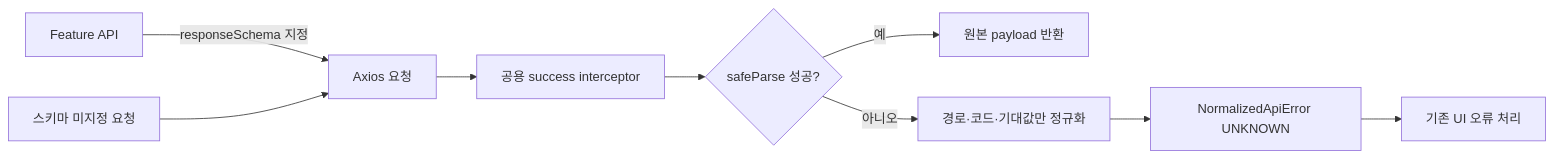
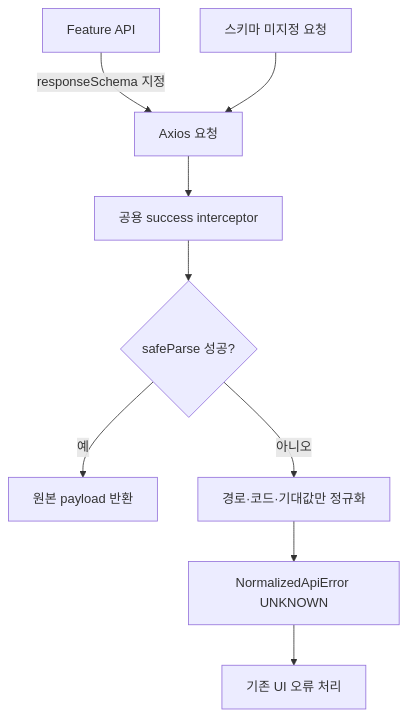
The diagram in src/content/posts/na-wa-runtime-api-validation.md (samu9nai/myblog), drawn with Mermaid before and after one commit. The commit also changed 6 other files, not shown here.

First line of the commit message:
[Feat] PDF로 저장 버튼과 mermaid 그림 인쇄 (#135)

````diff
--- a/src/content/posts/na-wa-runtime-api-validation.md
+++ b/src/content/posts/na-wa-runtime-api-validation.md
@@ -36,11 +36,11 @@
 ```mermaid
-flowchart LR
+flowchart TD
     F[Feature API] -->|responseSchema 지정| A[Axios 요청]
     A --> I[공용 success interceptor]
     I --> P{safeParse 성공?}
     P -->|예| R[원본 payload 반환]
     P -->|아니오| E[경로·코드·기대값만 정규화]
     E --> N[NormalizedApiError UNKNOWN]
     N --> U[기존 UI 오류 처리]
     X[스키마 미지정 요청] --> A
 ```
````
